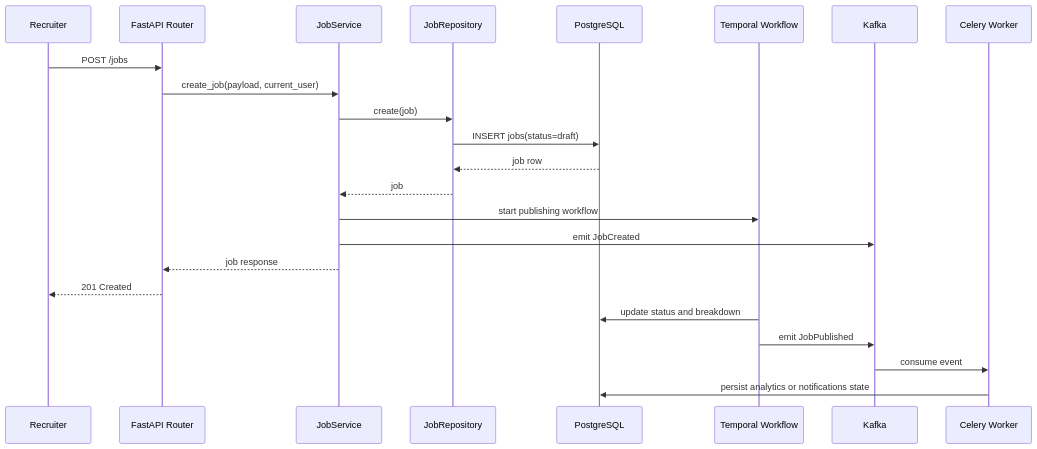
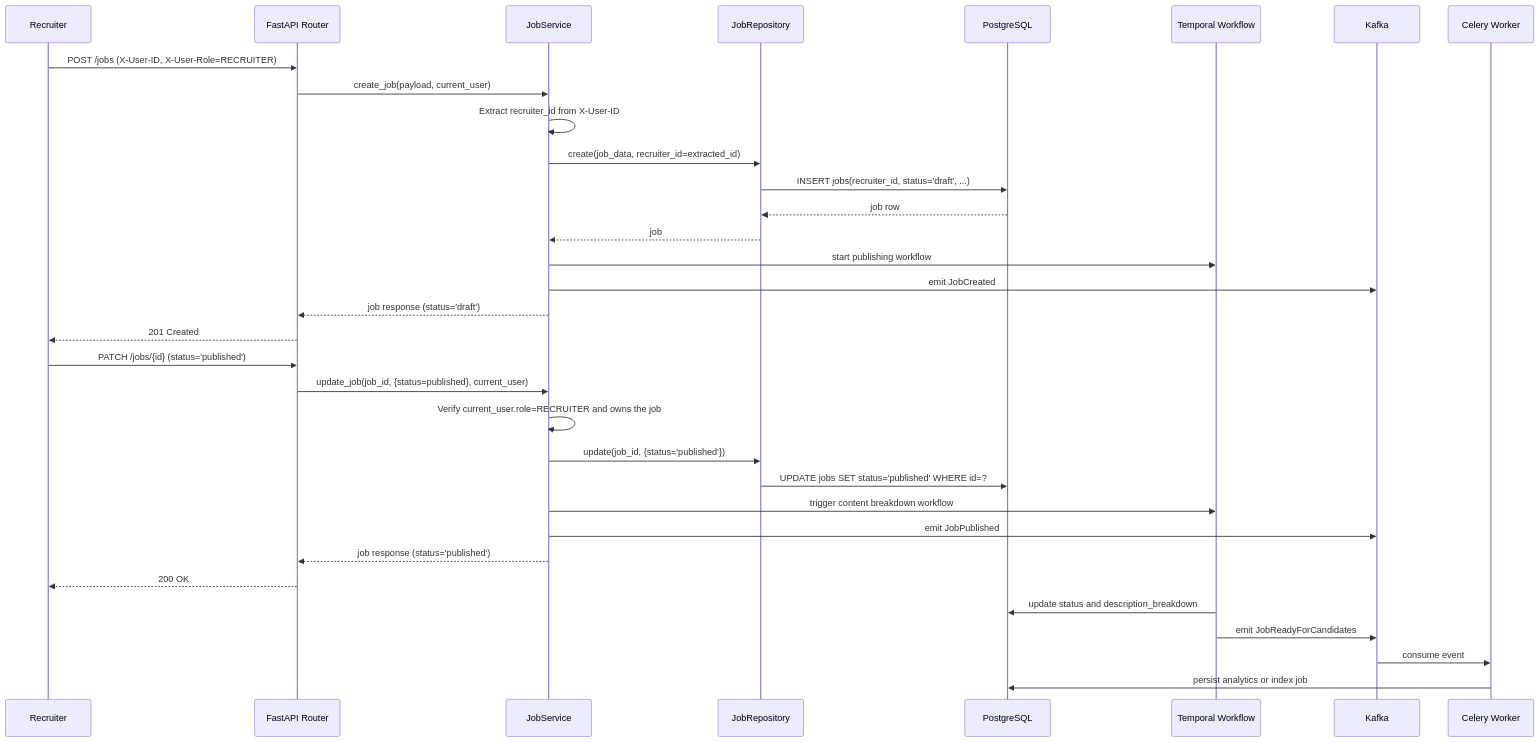
The third of 5 diagrams in docs/ARCHITECTURE.md (afnan-emumba/smart-hire), drawn with Mermaid before and after one commit. The commit also changed other lines of this file and 24 other files, not shown here.

````diff
--- a/docs/ARCHITECTURE.md
+++ b/docs/ARCHITECTURE.md
@@ -134,26 +142,38 @@
 ```mermaid
 sequenceDiagram
     participant Recruiter
     participant API as FastAPI Router
     participant Service as JobService
     participant Repo as JobRepository
     participant DB as PostgreSQL
     participant Temporal as Temporal Workflow
     participant Kafka as Kafka
     participant Worker as Celery Worker
 
-    Recruiter->>API: POST /jobs
+    Recruiter->>API: POST /jobs (X-User-ID, X-User-Role=RECRUITER)
     API->>Service: create_job(payload, current_user)
-    Service->>Repo: create(job)
-    Repo->>DB: INSERT jobs(status=draft)
+    Service->>Service: Extract recruiter_id from X-User-ID
+    Service->>Repo: create(job_data, recruiter_id=extracted_id)
+    Repo->>DB: INSERT jobs(recruiter_id, status='draft', ...)
     DB-->>Repo: job row
     Repo-->>Service: job
     Service->>Temporal: start publishing workflow
     Service->>Kafka: emit JobCreated
-    Service-->>API: job response
+    Service-->>API: job response (status='draft')
     API-->>Recruiter: 201 Created
-    Temporal->>DB: update status and breakdown
-    Temporal->>Kafka: emit JobPublished
+
+    Recruiter->>API: PATCH /jobs/{id} (status='published')
+    API->>Service: update_job(job_id, {status=published}, current_user)
+    Service->>Service: Verify current_user.role=RECRUITER and owns the job
+    Service->>Repo: update(job_id, {status='published'})
+    Repo->>DB: UPDATE jobs SET status='published' WHERE id=?
+    Service->>Temporal: trigger content breakdown workflow
+    Service->>Kafka: emit JobPublished
+    Service-->>API: job response (status='published')
+    API-->>Recruiter: 200 OK
+
+    Temporal->>DB: update status and description_breakdown
+    Temporal->>Kafka: emit JobReadyForCandidates
     Kafka->>Worker: consume event
-    Worker->>DB: persist analytics or notifications state
+    Worker->>DB: persist analytics or index job
 ```
````
